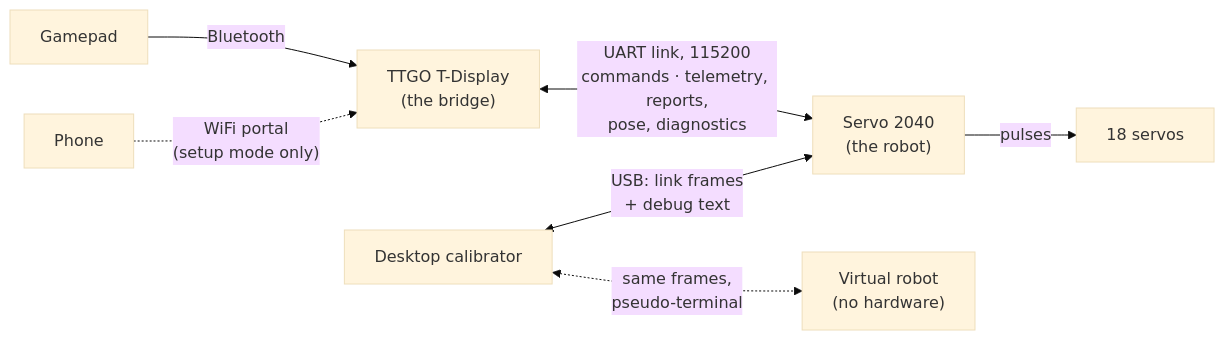
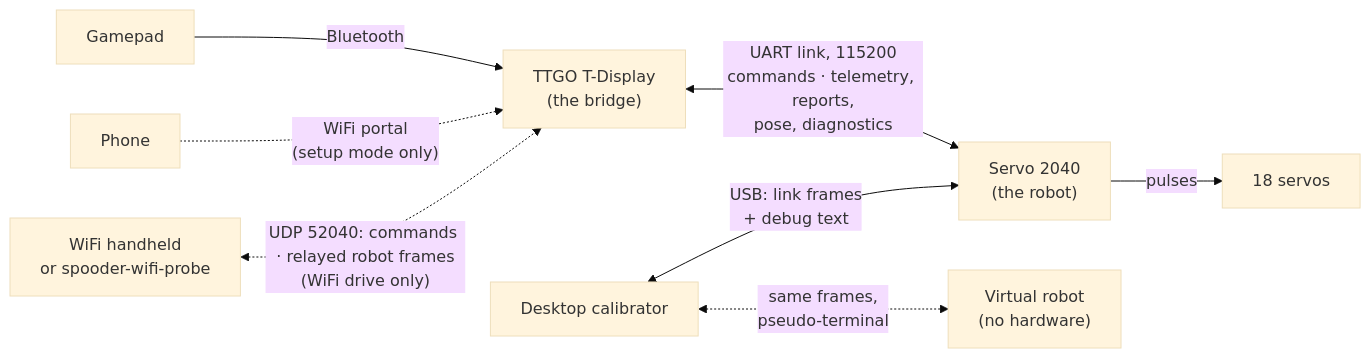
One commit to blackfyre/spooder changed the diagram in Readme.md. Above: the diagram before and after it, drawn with Mermaid (base theme). The commit also changed other lines of this file and 8 other files, not shown here.

First line of the commit message:
add-wifi-drive: Documentation

````diff
--- a/Readme.md
+++ b/Readme.md
@@ -18,9 +18,10 @@
 ```mermaid
 flowchart LR
   pad["Gamepad"] -- "Bluetooth" --> bridge["TTGO T-Display<br/>(the bridge)"]
   phone["Phone"] -. "WiFi portal<br/>(setup mode only)" .-> bridge
+  handheld["WiFi handheld<br/>or spooder-wifi-probe"] <-. "UDP 52040: commands · relayed robot frames<br/>(WiFi drive only)" .-> bridge
   bridge <-- "UART link, 115200<br/>commands · telemetry, reports,<br/>pose, diagnostics" --> robot["Servo 2040<br/>(the robot)"]
   robot -- "pulses" --> servos["18 servos"]
   desktop["Desktop calibrator"] <-- "USB: link frames<br/>+ debug text" --> robot
   desktop <-. "same frames,<br/>pseudo-terminal" .-> virtual["Virtual robot<br/>(no hardware)"]
 ```
````
